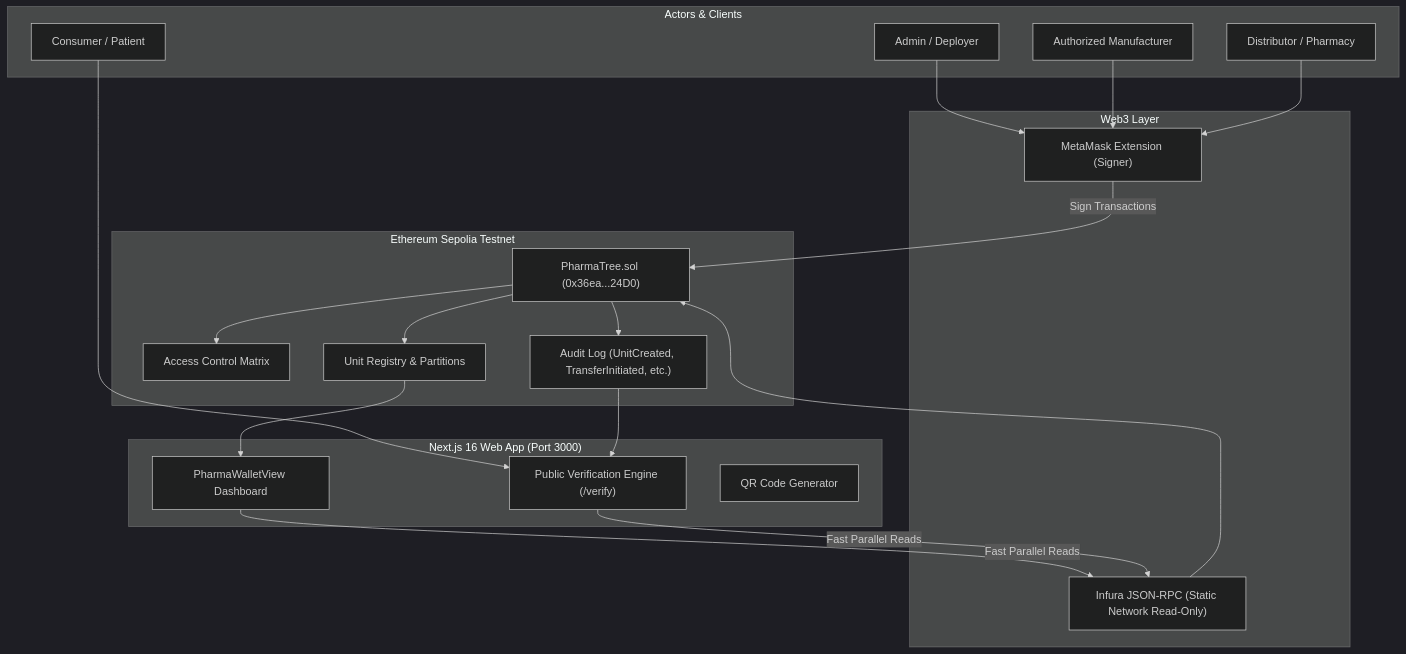
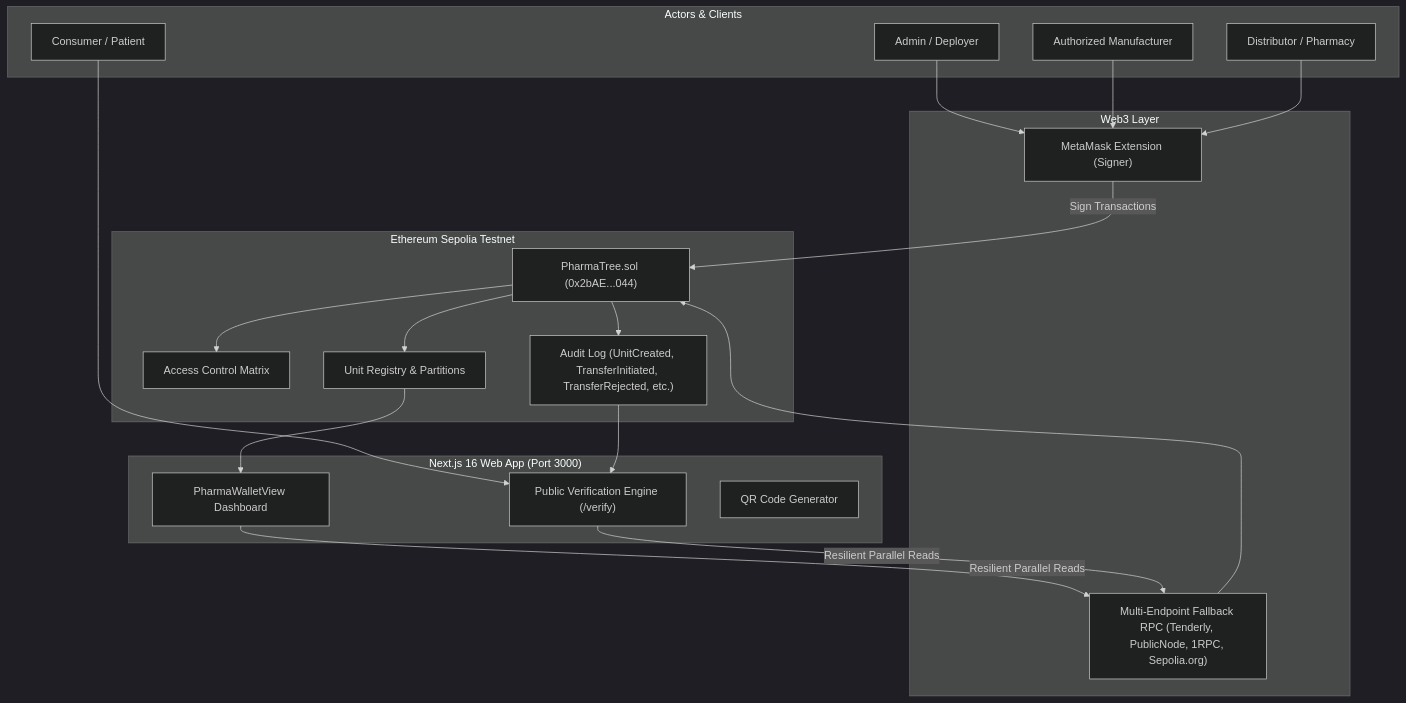
One commit to ayonm95/pharmatree changed the diagram in README.md. Above: the diagram before and after it, drawn with Mermaid (dark theme). The commit also changed other lines of this file and 3 other files, not shown here.

````diff
--- a/README.md
+++ b/README.md
@@ -28,36 +29,36 @@
 ```mermaid
 flowchart TD
     subgraph Users["Actors & Clients"]
         Admin["Admin / Deployer"]
         Mfr["Authorized Manufacturer"]
         Handler["Distributor / Pharmacy"]
         Public["Consumer / Patient"]
     end
 
     subgraph Frontend["Next.js 16 Web App (Port 3000)"]
         UI["PharmaWalletView Dashboard"]
         VerifyUI["Public Verification Engine (/verify)"]
         QRGen["QR Code Generator"]
     end
 
     subgraph Web3["Web3 Layer"]
         MetaMask["MetaMask Extension (Signer)"]
-        ReadRPC["Infura JSON-RPC (Static Network Read-Only)"]
+        ReadRPC["Multi-Endpoint Fallback RPC (Tenderly, PublicNode, 1RPC, Sepolia.org)"]
     end
 
     subgraph Blockchain["Ethereum Sepolia Testnet"]
-        Contract["PharmaTree.sol (0x36ea...24D0)"]
+        Contract["PharmaTree.sol (0x2bAE...044)"]
         RBAC["Access Control Matrix"]
         Units["Unit Registry & Partitions"]
-        Events["Audit Log (UnitCreated, TransferInitiated, etc.)"]
+        Events["Audit Log (UnitCreated, TransferInitiated, TransferRejected, etc.)"]
     end
 
     Admin & Mfr & Handler --> MetaMask
     Public --> VerifyUI
     MetaMask -->|Sign Transactions| Contract
-    UI & VerifyUI -->|Fast Parallel Reads| ReadRPC
+    UI & VerifyUI -->|Resilient Parallel Reads| ReadRPC
     ReadRPC --> Contract
     Contract --> RBAC & Units & Events
     Units --> UI
     Events --> VerifyUI
 ```
````
